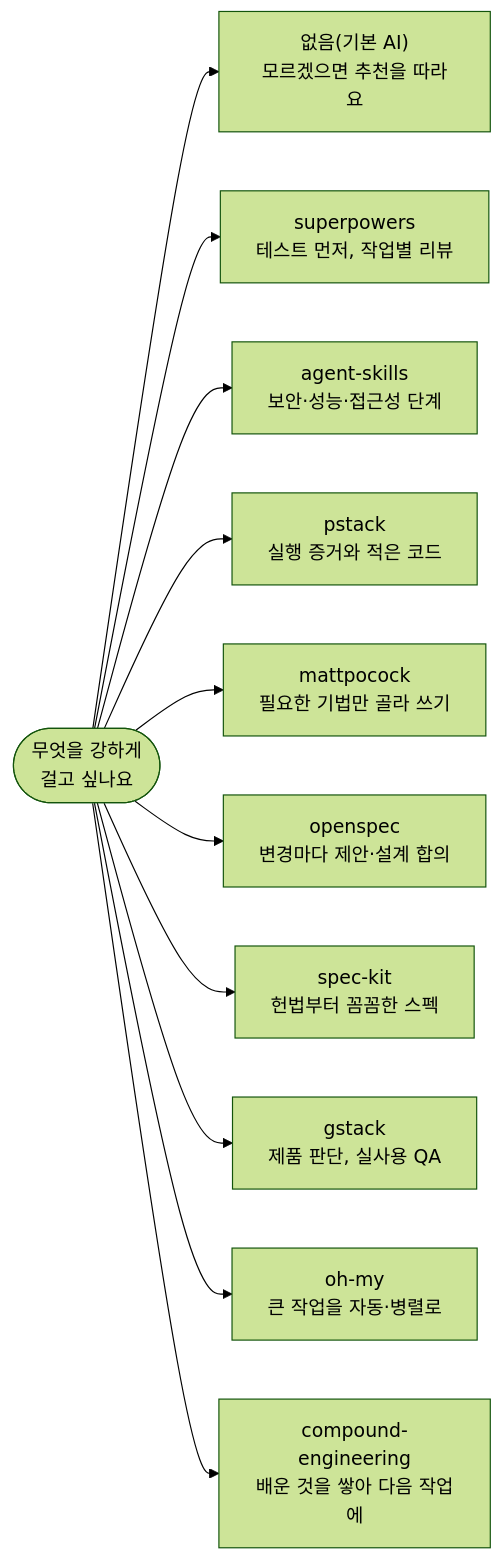
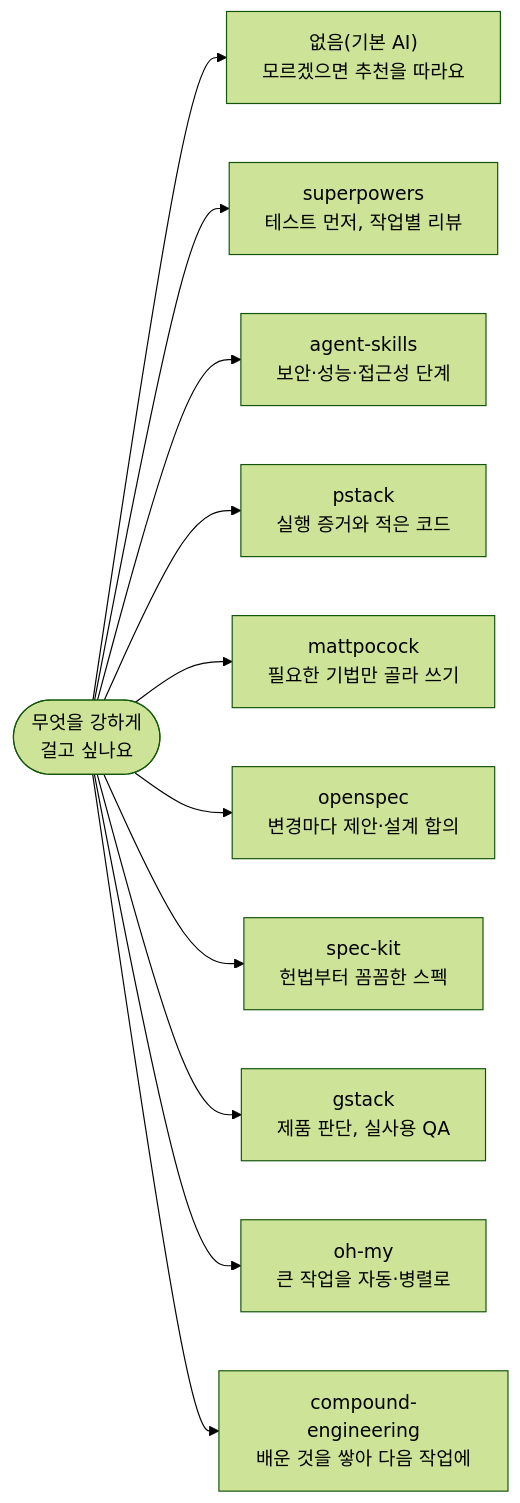
The first of 2 diagrams in handbook/skills/brains.md (roadkwon-ai/pro-kit), drawn with Mermaid (forest theme) before and after one commit. The commit also changed other lines of this file and 9 other files, not shown here.

````diff
--- a/handbook/skills/brains.md
+++ b/handbook/skills/brains.md
@@ -149,18 +149,18 @@
 ```mermaid
 ---
 config:
   flowchart:
-    wrappingWidth: 170
+    wrappingWidth: 185
 ---
 flowchart LR
   G(["무엇을 강하게<br/>걸고 싶나요"]) --> N["없음(기본 AI)<br/>모르겠으면 추천을 따라요"]
   G --> SP["superpowers<br/>테스트 먼저, 작업별 리뷰"]
   G --> AS["agent-skills<br/>보안·성능·접근성 단계"]
   G --> PS["pstack<br/>실행 증거와 적은 코드"]
   G --> MP["mattpocock<br/>필요한 기법만 골라 쓰기"]
   G --> OS["openspec<br/>변경마다 제안·설계 합의"]
   G --> SK["spec-kit<br/>헌법부터 꼼꼼한 스펙"]
   G --> GS["gstack<br/>제품 판단, 실사용 QA"]
   G --> OM["oh-my<br/>큰 작업을 자동·병렬로"]
   G --> CE["compound-engineering<br/>배운 것을 쌓아 다음 작업에"]
 ```
````
